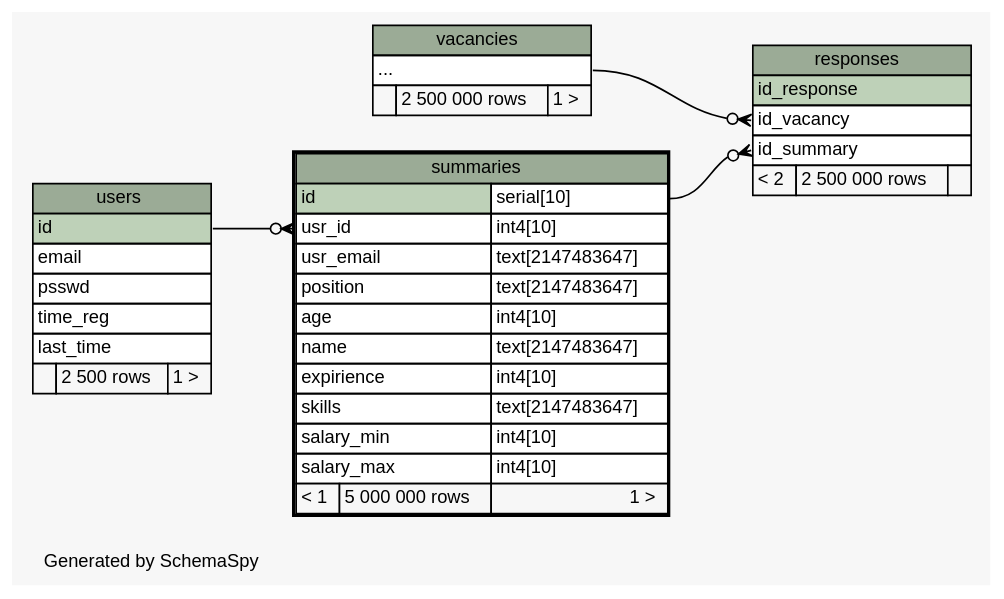
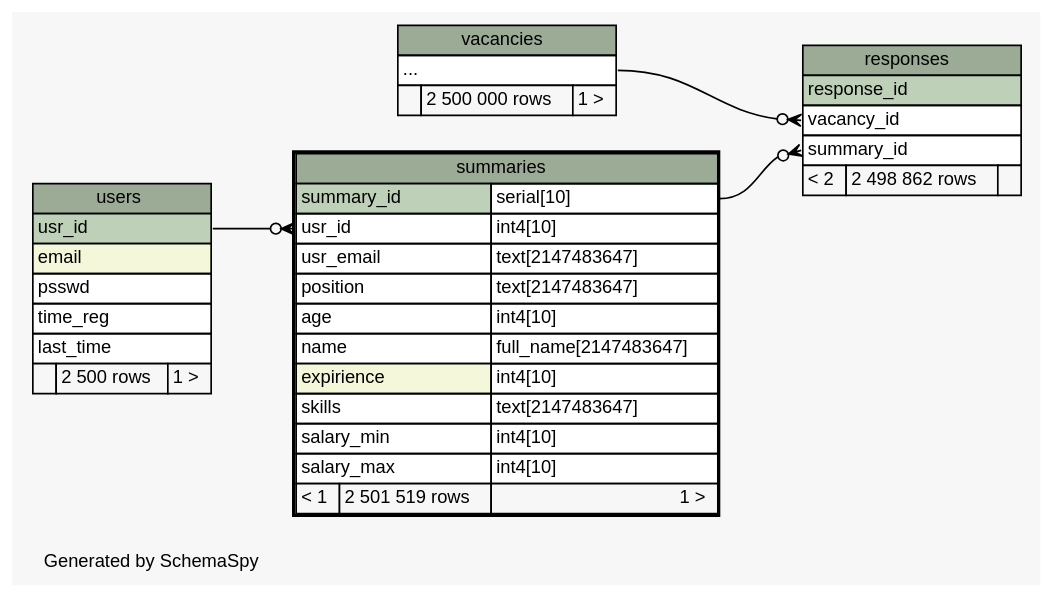
One commit to colorbash/hh-database-homework changed the diagram in schemaspy/diagrams/summaries.2degrees.dot. Above: the diagram before and after it, drawn with Graphviz. The commit also changed 56 other files, not shown here.

```diff
--- a/schemaspy/diagrams/summaries.2degrees.dot
+++ b/schemaspy/diagrams/summaries.2degrees.dot
@@ -1,80 +1,80 @@
 // dot 2.38.0 on Windows 10 10.0
 // SchemaSpy rev 590
 digraph "twoDegreesRelationshipsDiagram" {
   graph [
     rankdir="RL"
     bgcolor="#f7f7f7"
     label="\nGenerated by SchemaSpy"
     labeljust="l"
     nodesep="0.18"
     ranksep="0.46"
     fontname="Helvetica"
     fontsize="11"
   ];
   node [
     fontname="Helvetica"
     fontsize="11"
     shape="plaintext"
   ];
   edge [
     arrowsize="0.8"
   ];
-  "responses":"id_summary":w -> "summaries":"id.type":e [arrowhead=none dir=back arrowtail=crowodot];
-  "responses":"id_vacancy":w -> "vacancies":"elipses":e [arrowhead=none dir=back arrowtail=crowodot];
-  "summaries":"usr_id":w -> "users":"id":e [arrowhead=none dir=back arrowtail=crowodot];
+  "responses":"summary_id":w -> "summaries":"summary_id.type":e [arrowhead=none dir=back arrowtail=crowodot];
+  "responses":"vacancy_id":w -> "vacancies":"elipses":e [arrowhead=none dir=back arrowtail=crowodot];
+  "summaries":"usr_id":w -> "users":"usr_id":e [arrowhead=none dir=back arrowtail=crowodot];
   "responses" [
     label=<
     <TABLE BORDER="0" CELLBORDER="1" CELLSPACING="0" BGCOLOR="#ffffff">
       <TR><TD COLSPAN="3" BGCOLOR="#9bab96" ALIGN="CENTER">responses</TD></TR>
-      <TR><TD PORT="id_response" COLSPAN="3" BGCOLOR="#bed1b8" ALIGN="LEFT">id_response</TD></TR>
-      <TR><TD PORT="id_vacancy" COLSPAN="3" ALIGN="LEFT">id_vacancy</TD></TR>
-      <TR><TD PORT="id_summary" COLSPAN="3" ALIGN="LEFT">id_summary</TD></TR>
-      <TR><TD ALIGN="LEFT" BGCOLOR="#f7f7f7">&lt; 2</TD><TD ALIGN="RIGHT" BGCOLOR="#f7f7f7">2 500 000 rows</TD><TD ALIGN="RIGHT" BGCOLOR="#f7f7f7">  </TD></TR>
+      <TR><TD PORT="response_id" COLSPAN="3" BGCOLOR="#bed1b8" ALIGN="LEFT">response_id</TD></TR>
+      <TR><TD PORT="vacancy_id" COLSPAN="3" ALIGN="LEFT">vacancy_id</TD></TR>
+      <TR><TD PORT="summary_id" COLSPAN="3" ALIGN="LEFT">summary_id</TD></TR>
+      <TR><TD ALIGN="LEFT" BGCOLOR="#f7f7f7">&lt; 2</TD><TD ALIGN="RIGHT" BGCOLOR="#f7f7f7">2 498 862 rows</TD><TD ALIGN="RIGHT" BGCOLOR="#f7f7f7">  </TD></TR>
     </TABLE>>
     URL="responses.html"
     tooltip="responses"
   ];
   "summaries" [
     label=<
     <TABLE BORDER="2" CELLBORDER="1" CELLSPACING="0" BGCOLOR="#ffffff">
       <TR><TD COLSPAN="3" BGCOLOR="#9bab96" ALIGN="CENTER">summaries</TD></TR>
-      <TR><TD PORT="id" COLSPAN="2" BGCOLOR="#bed1b8" ALIGN="LEFT">id</TD><TD PORT="id.type" ALIGN="LEFT">serial[10]</TD></TR>
+      <TR><TD PORT="summary_id" COLSPAN="2" BGCOLOR="#bed1b8" ALIGN="LEFT">summary_id</TD><TD PORT="summary_id.type" ALIGN="LEFT">serial[10]</TD></TR>
       <TR><TD PORT="usr_id" COLSPAN="2" ALIGN="LEFT">usr_id</TD><TD PORT="usr_id.type" ALIGN="LEFT">int4[10]</TD></TR>
       <TR><TD PORT="usr_email" COLSPAN="2" ALIGN="LEFT">usr_email</TD><TD PORT="usr_email.type" ALIGN="LEFT">text[2147483647]</TD></TR>
       <TR><TD PORT="position" COLSPAN="2" ALIGN="LEFT">position</TD><TD PORT="position.type" ALIGN="LEFT">text[2147483647]</TD></TR>
       <TR><TD PORT="age" COLSPAN="2" ALIGN="LEFT">age</TD><TD PORT="age.type" ALIGN="LEFT">int4[10]</TD></TR>
-      <TR><TD PORT="name" COLSPAN="2" ALIGN="LEFT">name</TD><TD PORT="name.type" ALIGN="LEFT">text[2147483647]</TD></TR>
-      <TR><TD PORT="expirience" COLSPAN="2" ALIGN="LEFT">expirience</TD><TD PORT="expirience.type" ALIGN="LEFT">int4[10]</TD></TR>
+      <TR><TD PORT="name" COLSPAN="2" ALIGN="LEFT">name</TD><TD PORT="name.type" ALIGN="LEFT">full_name[2147483647]</TD></TR>
+      <TR><TD PORT="expirience" COLSPAN="2" BGCOLOR="#f4f7da" ALIGN="LEFT">expirience</TD><TD PORT="expirience.type" ALIGN="LEFT">int4[10]</TD></TR>
       <TR><TD PORT="skills" COLSPAN="2" ALIGN="LEFT">skills</TD><TD PORT="skills.type" ALIGN="LEFT">text[2147483647]</TD></TR>
       <TR><TD PORT="salary_min" COLSPAN="2" ALIGN="LEFT">salary_min</TD><TD PORT="salary_min.type" ALIGN="LEFT">int4[10]</TD></TR>
       <TR><TD PORT="salary_max" COLSPAN="2" ALIGN="LEFT">salary_max</TD><TD PORT="salary_max.type" ALIGN="LEFT">int4[10]</TD></TR>
-      <TR><TD ALIGN="LEFT" BGCOLOR="#f7f7f7">&lt; 1</TD><TD ALIGN="RIGHT" BGCOLOR="#f7f7f7">5 000 000 rows</TD><TD ALIGN="RIGHT" BGCOLOR="#f7f7f7">1 &gt;</TD></TR>
+      <TR><TD ALIGN="LEFT" BGCOLOR="#f7f7f7">&lt; 1</TD><TD ALIGN="RIGHT" BGCOLOR="#f7f7f7">2 501 519 rows</TD><TD ALIGN="RIGHT" BGCOLOR="#f7f7f7">1 &gt;</TD></TR>
     </TABLE>>
     URL="summaries.html"
     tooltip="summaries"
   ];
   "users" [
     label=<
     <TABLE BORDER="0" CELLBORDER="1" CELLSPACING="0" BGCOLOR="#ffffff">
       <TR><TD COLSPAN="3" BGCOLOR="#9bab96" ALIGN="CENTER">users</TD></TR>
-      <TR><TD PORT="id" COLSPAN="3" BGCOLOR="#bed1b8" ALIGN="LEFT">id</TD></TR>
-      <TR><TD PORT="email" COLSPAN="3" ALIGN="LEFT">email</TD></TR>
+      <TR><TD PORT="usr_id" COLSPAN="3" BGCOLOR="#bed1b8" ALIGN="LEFT">usr_id</TD></TR>
+      <TR><TD PORT="email" COLSPAN="3" BGCOLOR="#f4f7da" ALIGN="LEFT">email</TD></TR>
       <TR><TD PORT="psswd" COLSPAN="3" ALIGN="LEFT">psswd</TD></TR>
       <TR><TD PORT="time_reg" COLSPAN="3" ALIGN="LEFT">time_reg</TD></TR>
       <TR><TD PORT="last_time" COLSPAN="3" ALIGN="LEFT">last_time</TD></TR>
       <TR><TD ALIGN="LEFT" BGCOLOR="#f7f7f7">  </TD><TD ALIGN="RIGHT" BGCOLOR="#f7f7f7">2 500 rows</TD><TD ALIGN="RIGHT" BGCOLOR="#f7f7f7">1 &gt;</TD></TR>
     </TABLE>>
     URL="users.html"
     tooltip="users"
   ];
   "vacancies" [
     label=<
     <TABLE BORDER="0" CELLBORDER="1" CELLSPACING="0" BGCOLOR="#ffffff">
       <TR><TD COLSPAN="3" BGCOLOR="#9bab96" ALIGN="CENTER">vacancies</TD></TR>
       <TR><TD PORT="elipses" COLSPAN="3" ALIGN="LEFT">...</TD></TR>
       <TR><TD ALIGN="LEFT" BGCOLOR="#f7f7f7">  </TD><TD ALIGN="RIGHT" BGCOLOR="#f7f7f7">2 500 000 rows</TD><TD ALIGN="RIGHT" BGCOLOR="#f7f7f7">1 &gt;</TD></TR>
     </TABLE>>
     URL="vacancies.html"
     tooltip="vacancies"
   ];
 }
```
